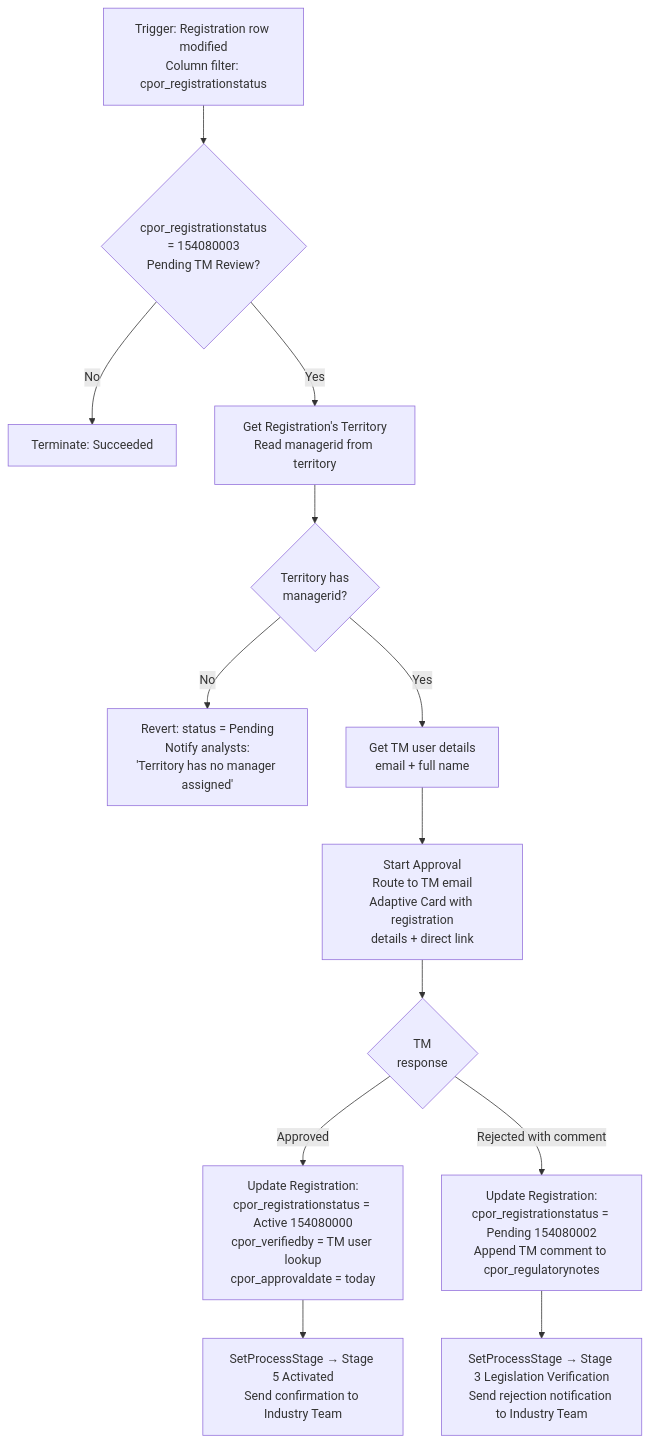
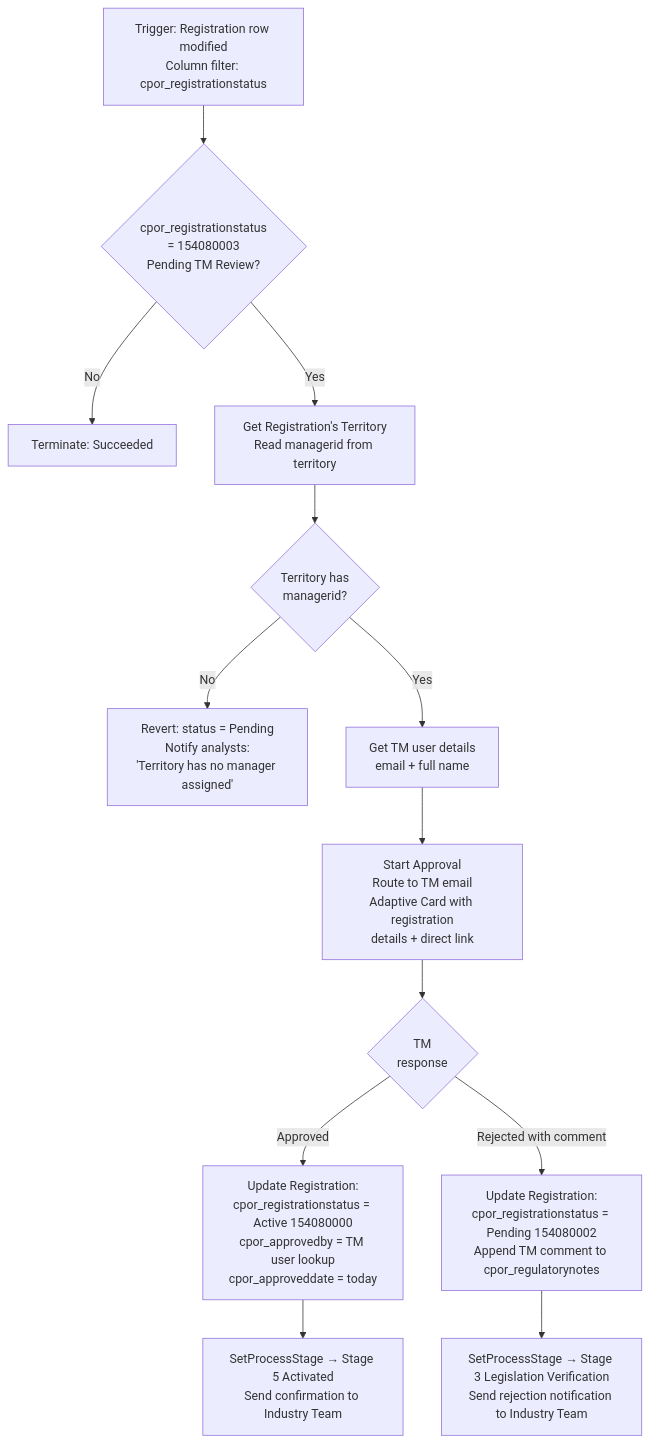
Before and after one commit to enewbold-devops/CPOR-Industry-Engagement: diagram 16 of 23 in README.md, drawn with Mermaid. The commit also changed other lines of this file and 9 other files, not shown here.

````diff
--- a/README.md
+++ b/README.md
@@ -601,15 +769,15 @@
 ```mermaid
 flowchart TD
     T[Trigger: Registration row modified\nColumn filter: cpor_registrationstatus] --> C1{cpor_registrationstatus\n= 154080003\nPending TM Review?}
     C1 -->|No| END[Terminate: Succeeded]
     C1 -->|Yes| GT[Get Registration's Territory\nRead managerid from territory]
     GT --> C2{Territory has\nmanagerid?}
     C2 -->|No| REV[Revert: status = Pending\nNotify analysts:\n'Territory has no manager assigned']
     C2 -->|Yes| GM[Get TM user details\nemail + full name]
     GM --> AP[Start Approval\nRoute to TM email\nAdaptive Card with registration\ndetails + direct link]
     AP --> D{TM\nresponse}
-    D -->|Approved| A1[Update Registration:\ncpor_registrationstatus = Active 154080000\ncpor_verifiedby = TM user lookup\ncpor_approvaldate = today]
+    D -->|Approved| A1[Update Registration:\ncpor_registrationstatus = Active 154080000\ncpor_approvedby = TM user lookup\ncpor_approveddate = today]
     A1 --> A2[SetProcessStage → Stage 5 Activated\nSend confirmation to Industry Team]
     D -->|Rejected with comment| R1[Update Registration:\ncpor_registrationstatus = Pending 154080002\nAppend TM comment to cpor_regulatorynotes]
     R1 --> R2[SetProcessStage → Stage 3 Legislation Verification\nSend rejection notification to Industry Team]
 ```
````
